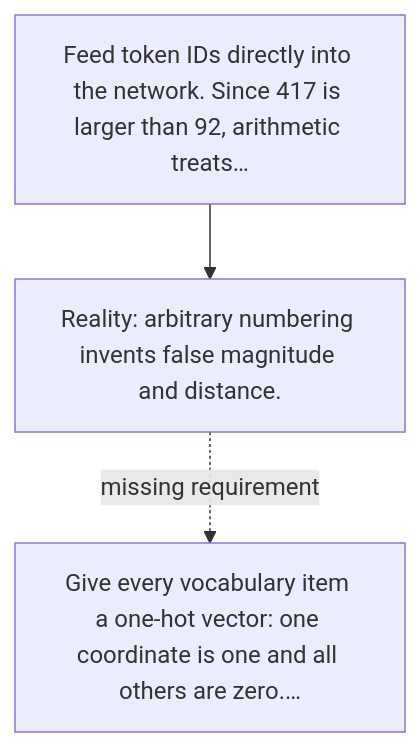
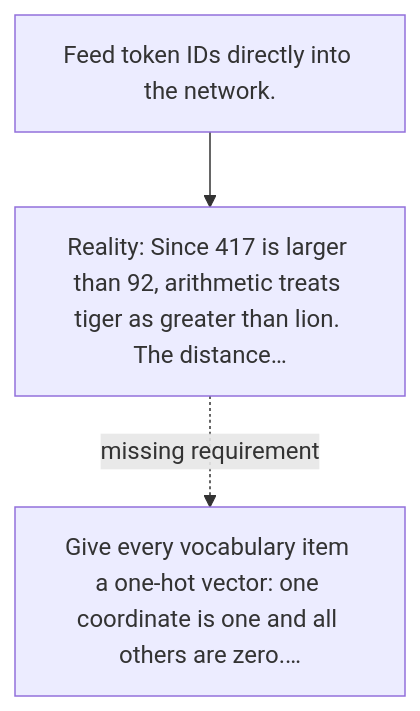
One commit to kleem-labs/AI-Archaeology changed the diagram in excavations/037-input-embeddings/diagram.md. Above: the diagram before and after it, drawn with Mermaid. The commit also changed other lines of this file and 165 other files, not shown here.

````diff
--- a/excavations/037-input-embeddings/diagram.md
+++ b/excavations/037-input-embeddings/diagram.md
@@ -5,5 +5,5 @@
 ```mermaid
 flowchart TD
-    A["Feed token IDs directly into the network. Since 417 is larger than 92, arithmetic treats…"] --> B["Reality: arbitrary numbering invents false magnitude and distance."]
+    A["Feed token IDs directly into the network."] --> B["Reality: Since 417 is larger than 92, arithmetic treats tiger as greater than lion. The distance…"]
     B -. "missing requirement" .-> C["Give every vocabulary item a one-hot vector: one coordinate is one and all others are zero.…"]
 ```
````
